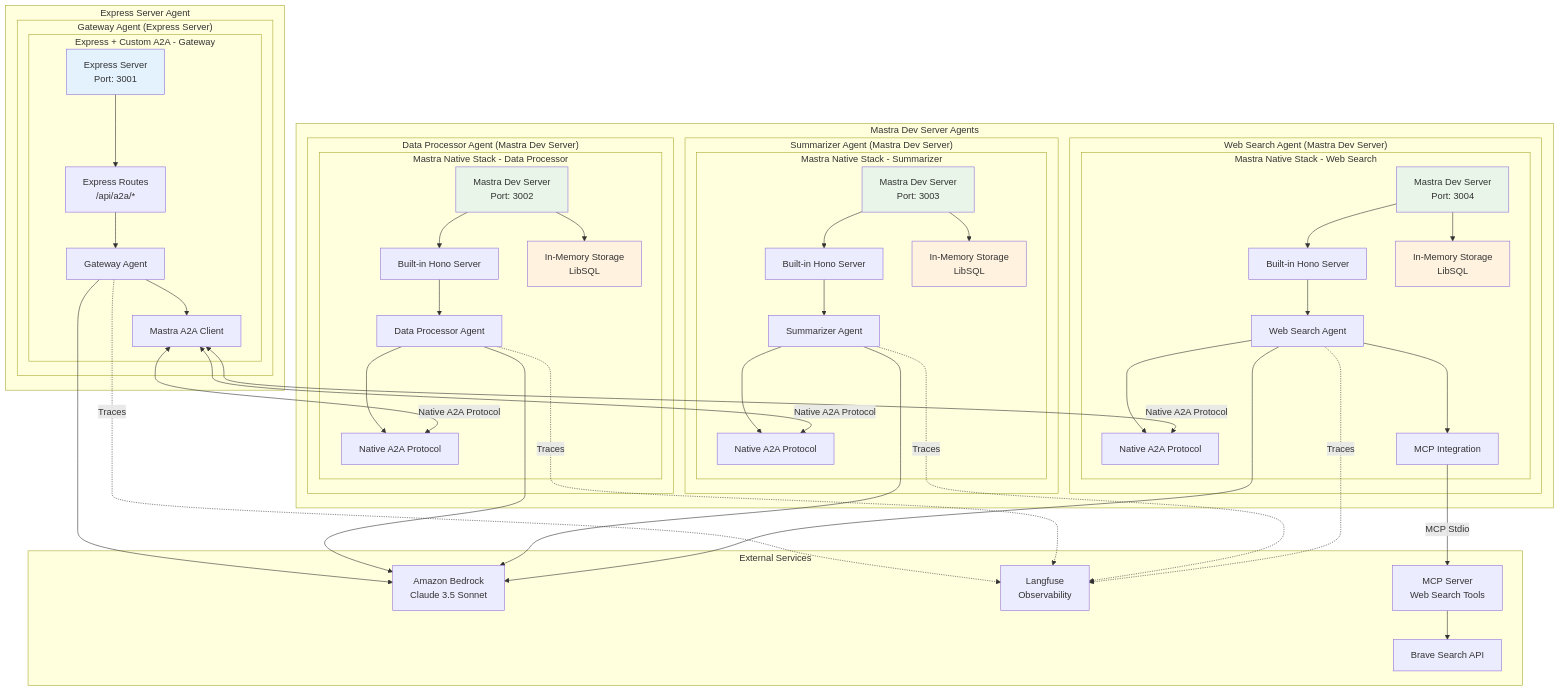
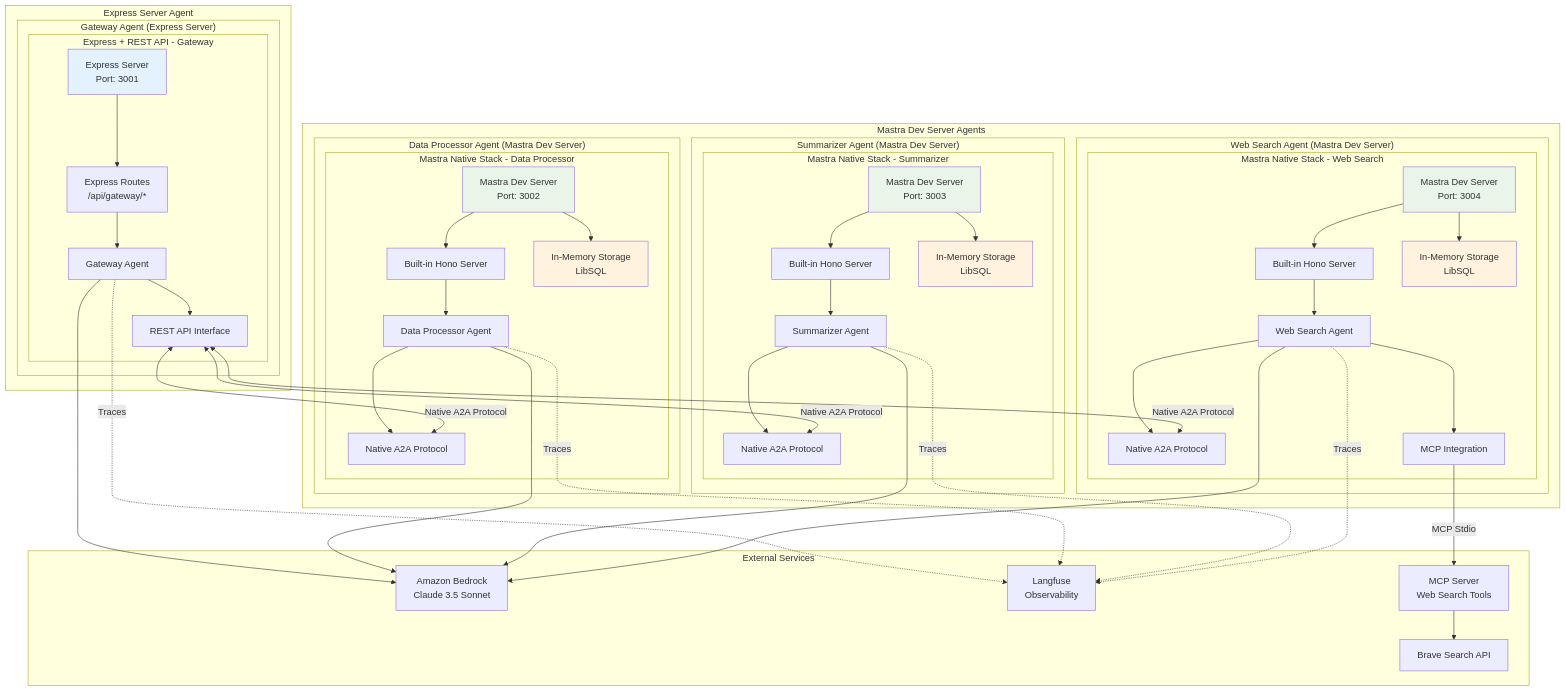
One commit to tubone24/a2a_mastra changed the first of 6 diagrams in README.md. Above: the diagram before and after it, drawn with Mermaid. The commit also changed other lines of this file and 7 other files, not shown here.

Commit message:
🔧 refactor(frontend): APIエンドポイントを'/api/gateway'に変更して、GatewayのREST APIを使用するようにする

````diff
--- a/README.md
+++ b/README.md
@@ -29,10 +29,10 @@
 ```mermaid
 flowchart TB
-   subgraph subGraph0["Express + Custom A2A - Gateway"]
+   subgraph subGraph0["Express + REST API - Gateway"]
       GW_EXPRESS["Express Server<br>Port: 3001"]
-      GW_ROUTES["Express Routes<br>/api/a2a/*"]
+      GW_ROUTES["Express Routes<br>/api/gateway/*"]
       GW_MASTRA_AGENT["Gateway Agent"]
-      GW_CUSTOM_A2A["Mastra A2A Client"]
+      GW_REST_API["REST API Interface"]
    end
    subgraph subGraph1["Gateway Agent (Express Server)"]
       subGraph0
@@ -84,7 +84,7 @@
    end
    GW_EXPRESS --> GW_ROUTES
    GW_ROUTES --> GW_MASTRA_AGENT
-   GW_MASTRA_AGENT --> GW_CUSTOM_A2A & BEDROCK
+   GW_MASTRA_AGENT --> GW_REST_API & BEDROCK
    DP_MASTRA_DEV --> DP_MASTRA_HONO & DP_MASTRA_STORAGE
    DP_MASTRA_HONO --> DP_MASTRA_AGENT
    DP_MASTRA_AGENT --> DP_MASTRA_A2A & BEDROCK
@@ -94,7 +94,7 @@
    WS_MASTRA_DEV --> WS_MASTRA_HONO & WS_MASTRA_STORAGE
    WS_MASTRA_HONO --> WS_MASTRA_AGENT
    WS_MASTRA_AGENT --> WS_MASTRA_A2A & WS_MCP_INTEGRATION & BEDROCK
-   GW_CUSTOM_A2A <-- Native A2A Protocol --> DP_MASTRA_A2A & SM_MASTRA_A2A & WS_MASTRA_A2A
+   GW_REST_API <-- Native A2A Protocol --> DP_MASTRA_A2A & SM_MASTRA_A2A & WS_MASTRA_A2A
    WS_MCP_INTEGRATION -- MCP Stdio --> MCP
    MCP --> BRAVE
    GW_MASTRA_AGENT -. Traces .-> LANGFUSE
````
